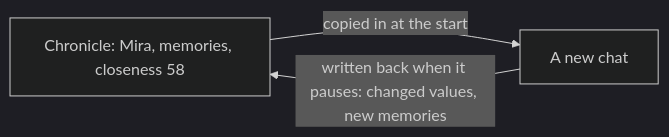
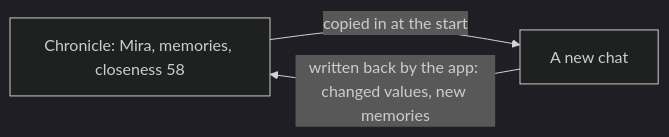
One commit to TroupesAI/troupe changed the third of 3 diagrams in guides/beginners.md. Above: the diagram before and after it, drawn with Mermaid (dark theme). The commit also changed other lines of this file and 6 other files, not shown here.

````diff
--- a/guides/beginners.md
+++ b/guides/beginners.md
@@ -343,5 +343,5 @@
 ```mermaid
 flowchart LR
   C["Chronicle: Mira, memories, closeness 58"] -- "copied in at the start" --> S["A new chat"]
-  S -- "written back when it pauses: changed values, new memories" --> C
+  S -- "written back by the app: changed values, new memories" --> C
 ```
````
